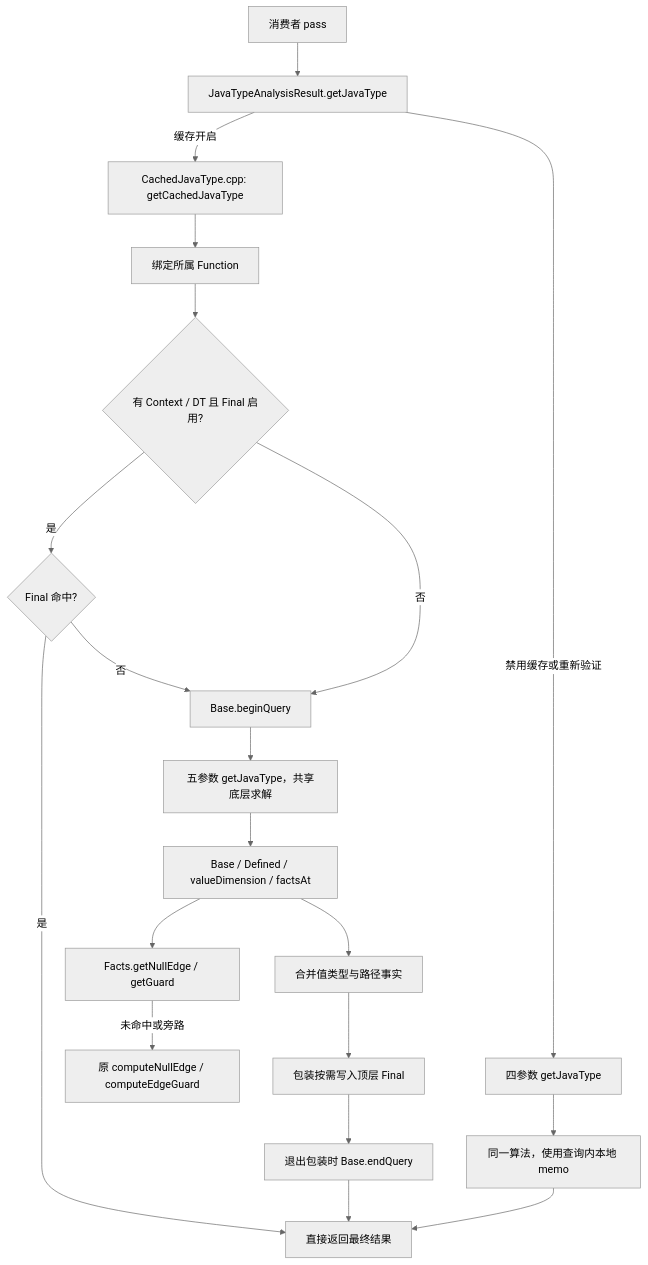
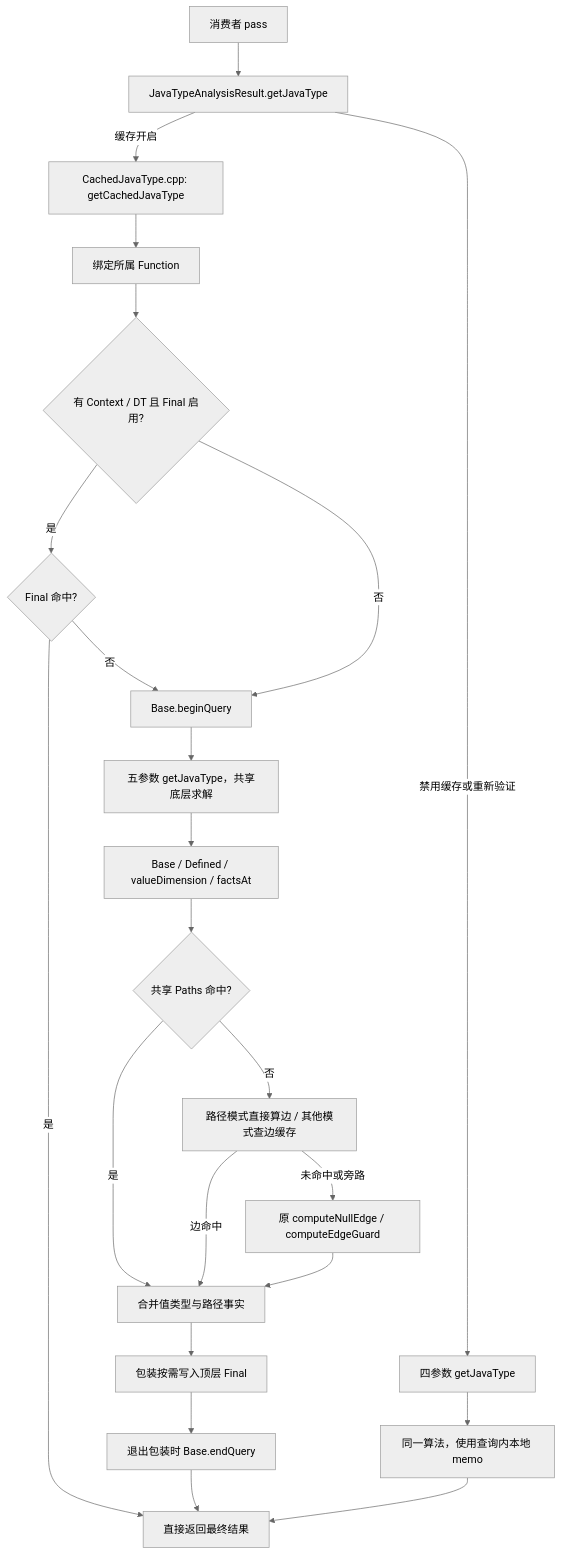
One commit to jeandle/jeandle-llvm changed the first of 2 diagrams in llvm/docs/JeandleJavaTypeInvalidation/JavaTypeCacheArchitecture.md. Above: the diagram before and after it, drawn with Mermaid (neutral theme). The commit also changed other lines of this file and 13 other files, not shown here.

````diff
--- a/llvm/docs/JeandleJavaTypeInvalidation/JavaTypeCacheArchitecture.md
+++ b/llvm/docs/JeandleJavaTypeInvalidation/JavaTypeCacheArchitecture.md
@@ -15,22 +15,25 @@
 ```mermaid
 flowchart TD
   P[消费者 pass] --> A[JavaTypeAnalysisResult.getJavaType]
   A -->|缓存开启| C["CachedJavaType.cpp: getCachedJavaType"]
   A -->|禁用缓存或重新验证| U[四参数 getJavaType]
   C --> B[绑定所属 Function]
   B --> H{有 Context / DT 且 Final 启用?}
   H -->|是| F{Final 命中?}
   F -->|是| R[直接返回最终结果]
   F -->|否| S[Base.beginQuery]
   H -->|否| S
   S --> Q[五参数 getJavaType，共享底层求解]
   Q --> V[Base / Defined / valueDimension / factsAt]
-  V --> E[Facts.getNullEdge / getGuard]
+  V --> D{共享 Paths 命中?}
+  D -->|是| T[合并值类型与路径事实]
+  D -->|否| E[路径模式直接算边 / 其他模式查边缓存]
+  E -->|边命中| T
   E -->|未命中或旁路| K[原 computeNullEdge / computeEdgeGuard]
-  V --> T[合并值类型与路径事实]
+  K --> T
   T --> I[包装按需写入顶层 Final]
   I --> X[退出包装时 Base.endQuery]
   X --> R
   U --> L[同一算法，使用查询内本地 memo]
   L --> R
 ```
````
